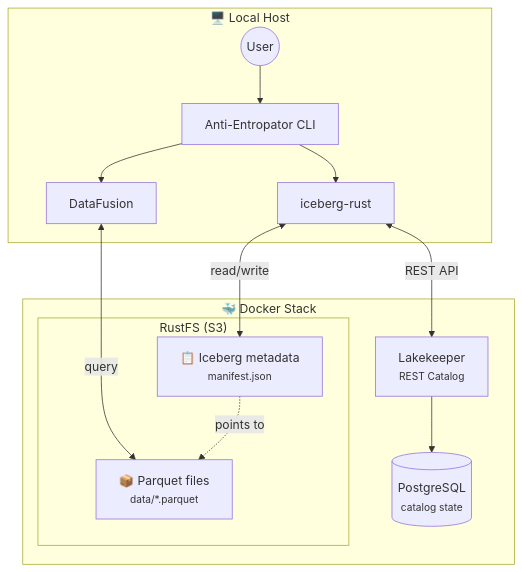
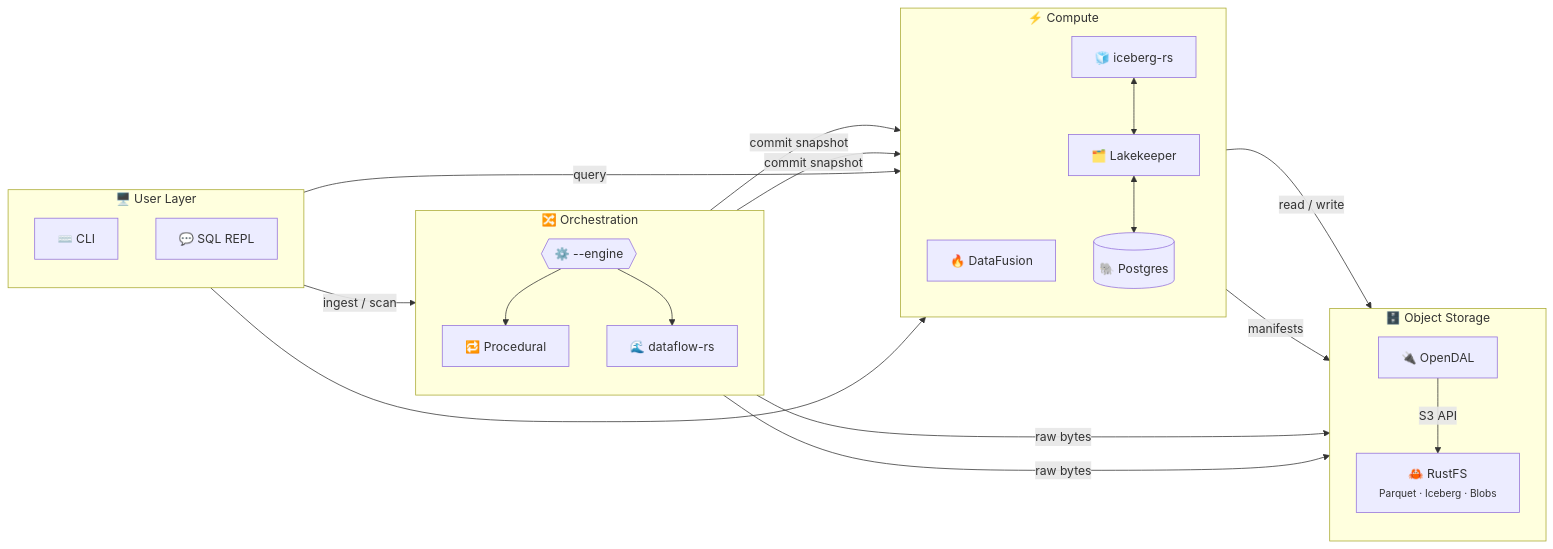
One commit to sm4rtm4art/anti_entropator changed the diagram in README.md. Above: the diagram before and after it, drawn with Mermaid. The commit also changed other lines of this file and 16 other files, not shown here.

First line of the commit message:
feat(M1): replace aws-sdk-s3 with OpenDAL unified storage

````diff
--- a/README.md
+++ b/README.md
@@ -22,28 +22,42 @@
 ```mermaid
-flowchart TB
-    subgraph local ["🖥️ Local Host"]
-        User((User))
-        CLI["Anti-Entropator CLI"]
-        ICE["iceberg-rust"]
-        DF["DataFusion"]
+flowchart LR
+    subgraph UL["🖥️  User Layer"]
+        direction TB
+        CLI["⌨️  CLI"]
+        REPL["💬  SQL REPL"]
     end
 
-    subgraph docker ["🐳 Docker Stack"]
-        LK["Lakekeeper<br/><small>REST Catalog</small>"]
-        PG[("PostgreSQL<br/><small>catalog state</small>")]
-        
-        subgraph rustfs ["RustFS (S3)"]
-            META["📋 Iceberg metadata<br/><small>manifest.json</small>"]
-            DATA["📦 Parquet files<br/><small>data/*.parquet</small>"]
-        end
+    subgraph OR["🔀  Orchestration"]
+        direction TB
+        SWITCH{{"⚙️  --engine"}}
+        PROC["🔁  Procedural"]
+        DFRS["🌊  dataflow-rs"]
+        SWITCH --> PROC & DFRS
     end
 
-    User --> CLI
-    CLI --> ICE
-    CLI --> DF
-    ICE <-->|"REST API"| LK
-    ICE <-->|"read/write"| META
-    DF <-->|"query"| DATA
-    LK --> PG
-    META -.->|"points to"| DATA
+    subgraph CP["⚡  Compute"]
+        direction TB
+        DF["🔥  DataFusion"]
+        ICE["🧊  iceberg-rs"]
+        CAT["🗂️  Lakekeeper"]
+        PG[("🐘  Postgres")]
+        ICE <--> CAT <--> PG
+    end
+
+    subgraph ST["🗄️  Object Storage"]
+        direction TB
+        IO["🔌  OpenDAL"]
+        RFS["🦀  RustFS<br/><small>Parquet · Iceberg · Blobs</small>"]
+        IO -->|S3 API| RFS
+    end
+
+    CLI -->|"ingest / scan"| SWITCH
+    CLI -->|query| DF
+    REPL --> DF
+
+    PROC & DFRS -->|"raw bytes"| IO
+    PROC & DFRS -->|"commit snapshot"| ICE
+
+    DF -->|"read / write"| IO
+    ICE -->|manifests| IO
 ```
````
